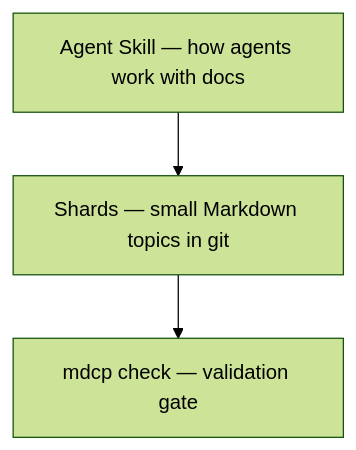
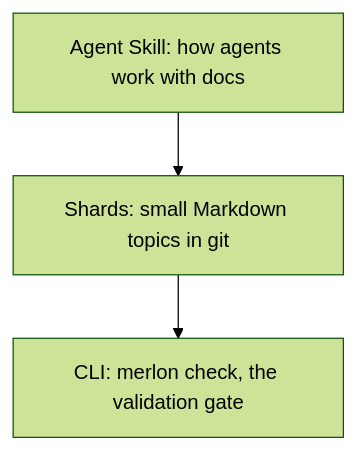
One commit to Merlon-Docs/merlon changed the second of 2 diagrams in README.md. Above: the diagram before and after it, drawn with Mermaid (forest theme). The commit also changed other lines of this file and 986 other files, not shown here.

````diff
--- a/README.md
+++ b/README.md
@@ -107,5 +182,5 @@
 ```mermaid
 flowchart TB
-  skill["Agent Skill — how agents work with docs"] --> shards["Shards — small Markdown topics in git"]
-  shards --> check["mdcp check — validation gate"]
+  skill["Agent Skill: how agents work with docs"] --> shards["Shards: small Markdown topics in git"]
+  shards --> cli["CLI: merlon check, the validation gate"]
 ```
````
